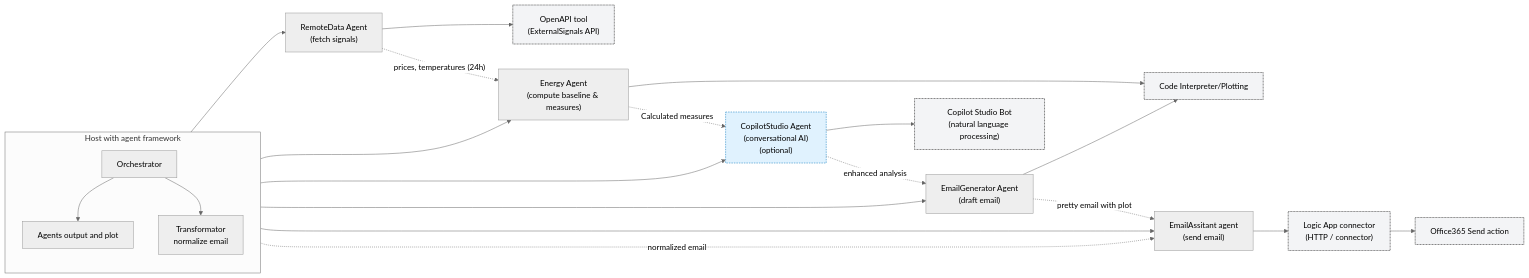
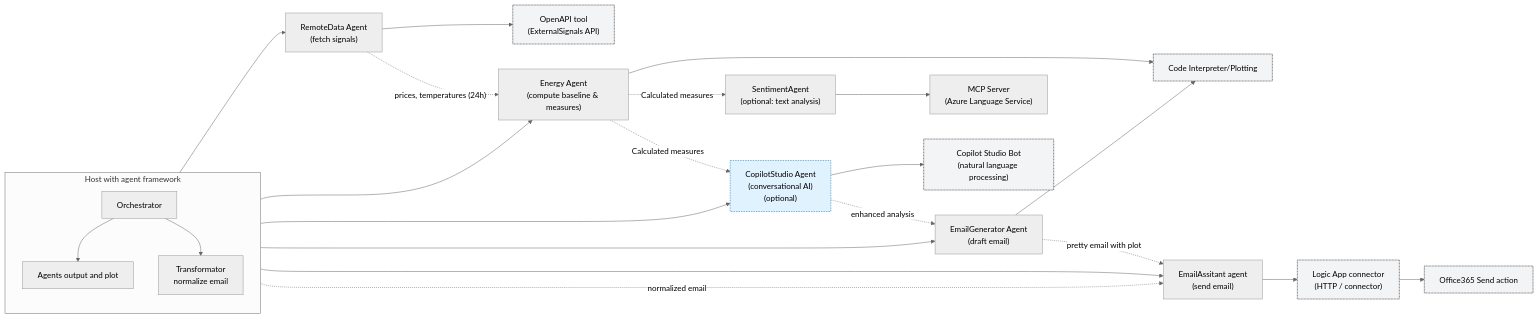
One commit to katarinasvedman/foundry-demo-agent-framework-Playground changed the first of 2 diagrams in README.md. Above: the diagram before and after it, drawn with Mermaid (neutral theme). The commit also changed other lines of this file and 25 other files, not shown here.

````diff
--- a/README.md
+++ b/README.md
@@ -34,37 +89,39 @@
 ```mermaid
 flowchart LR
 	subgraph Host[Host with agent framework]
 		direction TB
 		Orchestrator[Orchestrator]
 		Orchestrator --> Docs["Agents output and plot"]
 		Orchestrator --> Transformator["Transformator<br>normalize email"]
 	end
 
 	Orchestrator --> RemoteData["RemoteData Agent<br/>(fetch signals)"]
 	RemoteData --> OpenAPI["OpenAPI tool<br/>(ExternalSignals API)"]
 
 	Orchestrator --> Energy["Energy Agent<br/>(compute baseline & measures)"]	
 	RemoteData -.->|"prices, temperatures (24h)"| Energy
 	Energy --> CodeInterp["Code Interpreter / Python<br/>(local analysis)"]
+	Energy -.->|"Calculated measures"| SentimentAgent["SentimentAgent<br/>(optional: text analysis)"]
 	Energy -.->|"Calculated measures"| CopilotStudio
+	SentimentAgent --> MCP["MCP Server<br/>(Azure Language Service)"]
 	
 	Orchestrator --> CopilotStudio["CopilotStudio Agent<br/>(conversational AI)<br/>(optional)"]
 	CopilotStudio --> BotAPI["Copilot Studio Bot<br/>(natural language processing)"]
 	CopilotStudio -.->|"enhanced analysis"| EmailGenerator
 
 	Orchestrator --> EmailGenerator["EmailGenerator Agent<br/>(draft email)"]
 	
 	EmailGenerator --> CodeInterp["Code Interpreter/Plotting"]	
 	EmailGenerator -.->|"pretty email with plot"| EmailAssistant
 
 	Orchestrator --> EmailAssistant["EmailAssitant agent<br/>(send email)"]
 	Transformator -.->|"normalized email"| EmailAssistant
 	EmailAssistant --> LogicAppConnector["Logic App connector<br/>(HTTP / connector)"]
 	LogicAppConnector --> Office365["Office365 Send action"]	
 		
 
 	classDef tool fill:#f3f4f6,stroke:#111,stroke-width:1px,stroke-dasharray: 2 1;
 	classDef optional fill:#e0f2fe,stroke:#0277bd,stroke-width:1px,stroke-dasharray: 3 2;
 	class OpenAPI,CodeInterp,LogicAppConnector,Office365,BotAPI tool;
 	class CopilotStudio optional;
 ```
````
